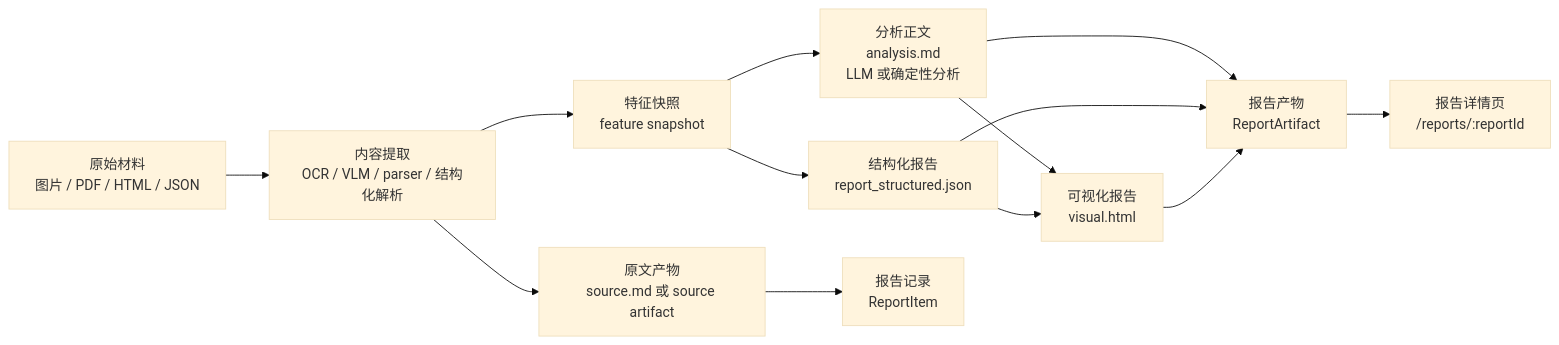
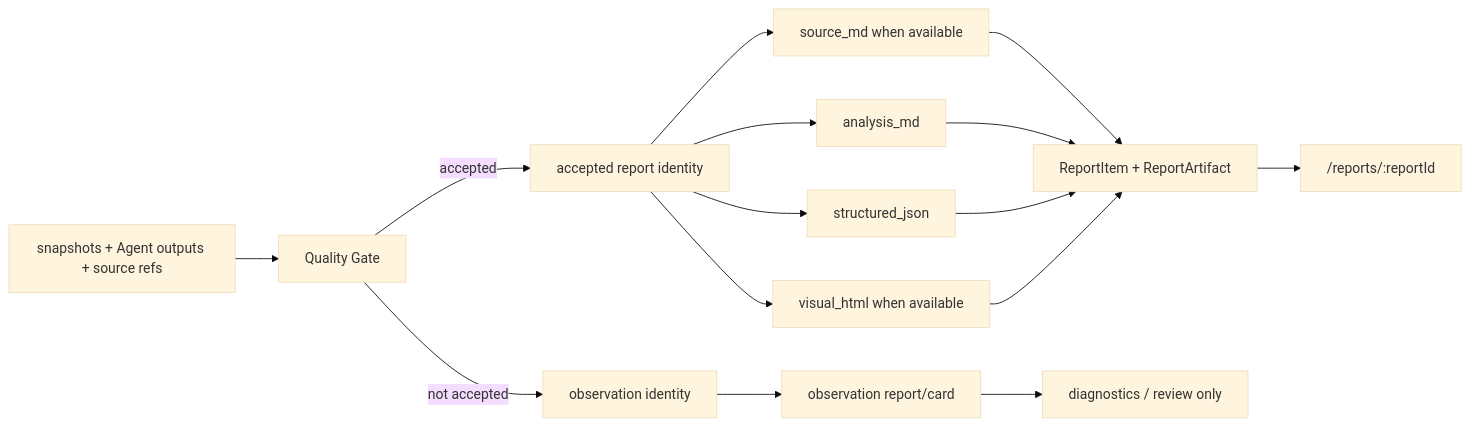
One commit to zhangxinxixx/finance-agent changed the diagram in docs/diagrams/report-artifacts-flow.mmd. Above: the diagram before and after it, drawn with Mermaid (base theme). The commit also changed 562 other files, not shown here.

Commit message:
fix: enforce accepted analysis outputs

```diff
--- a/docs/diagrams/report-artifacts-flow.mmd
+++ b/docs/diagrams/report-artifacts-flow.mmd
@@ -1,13 +1,15 @@
 flowchart LR
-  RawAssets["原始材料<br/>图片 / PDF / HTML / JSON"] --> Parse["内容提取<br/>OCR / VLM / parser / 结构化解析"]
-  Parse --> SourceMd["原文产物<br/>source.md 或 source artifact"]
-  Parse --> Features["特征快照<br/>feature snapshot"]
-  Features --> AnalysisMd["分析正文<br/>analysis.md<br/>LLM 或确定性分析"]
-  Features --> Structured["结构化报告<br/>report_structured.json"]
-  AnalysisMd --> Visual["可视化报告<br/>visual.html"]
-  Structured --> Visual
-  SourceMd --> ReportItem["报告记录<br/>ReportItem"]
-  AnalysisMd --> ReportArtifact["报告产物<br/>ReportArtifact"]
-  Structured --> ReportArtifact
-  Visual --> ReportArtifact
-  ReportArtifact --> Detail["报告详情页<br/>/reports/:reportId"]
+  Inputs["snapshots + Agent outputs + source refs"] --> Gate["Quality Gate"]
+  Gate -->|accepted| Accepted["accepted report identity"]
+  Gate -->|not accepted| Observe["observation identity"]
+  Accepted --> Source["source_md when available"]
+  Accepted --> Analysis["analysis_md"]
+  Accepted --> Structured["structured_json"]
+  Accepted --> Visual["visual_html when available"]
+  Observe --> ObservationArtifacts["observation report/card"]
+  Source --> Registry["ReportItem + ReportArtifact"]
+  Analysis --> Registry
+  Structured --> Registry
+  Visual --> Registry
+  Registry --> Detail["/reports/:reportId"]
+  ObservationArtifacts --> Review["diagnostics / review only"]
```
